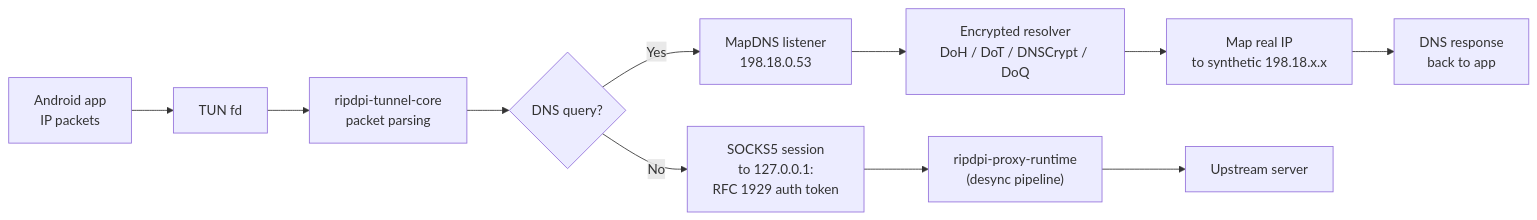
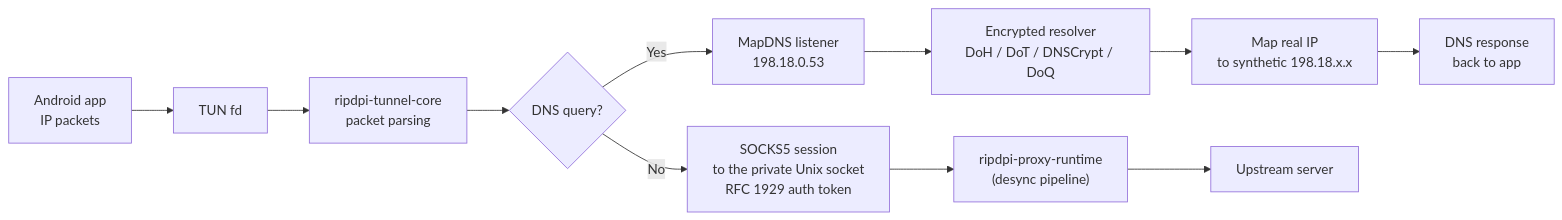
The first of 3 diagrams in docs/native/tunnel.md (po4yka/RIPDPI), drawn with Mermaid before and after one commit. The commit also changed other lines of this file and 16 other files, not shown here.

First line of the commit message:
docs(vpn): describe the private Unix proxy listener

````diff
--- a/docs/native/tunnel.md
+++ b/docs/native/tunnel.md
@@ -15,13 +15,13 @@
 ```mermaid
 flowchart LR
     A["Android app\nIP packets"] --> B["TUN fd"]
     B --> C["ripdpi-tunnel-core\npacket parsing"]
     C --> D{"DNS query?"}
     D -- Yes --> E["MapDNS listener\n198.18.0.53"]
-    D -- No --> F["SOCKS5 session\nto 127.0.0.1:<ephemeral port>\nRFC 1929 auth token"]
+    D -- No --> F["SOCKS5 session\nto the private Unix socket\nRFC 1929 auth token"]
     E --> G["Encrypted resolver\nDoH / DoT / DNSCrypt / DoQ"]
     G --> H["Map real IP\nto synthetic 198.18.x.x"]
     H --> I["DNS response\nback to app"]
     F --> J["ripdpi-proxy-runtime\n(desync pipeline)"]
     J --> K["Upstream server"]
 ```
````
